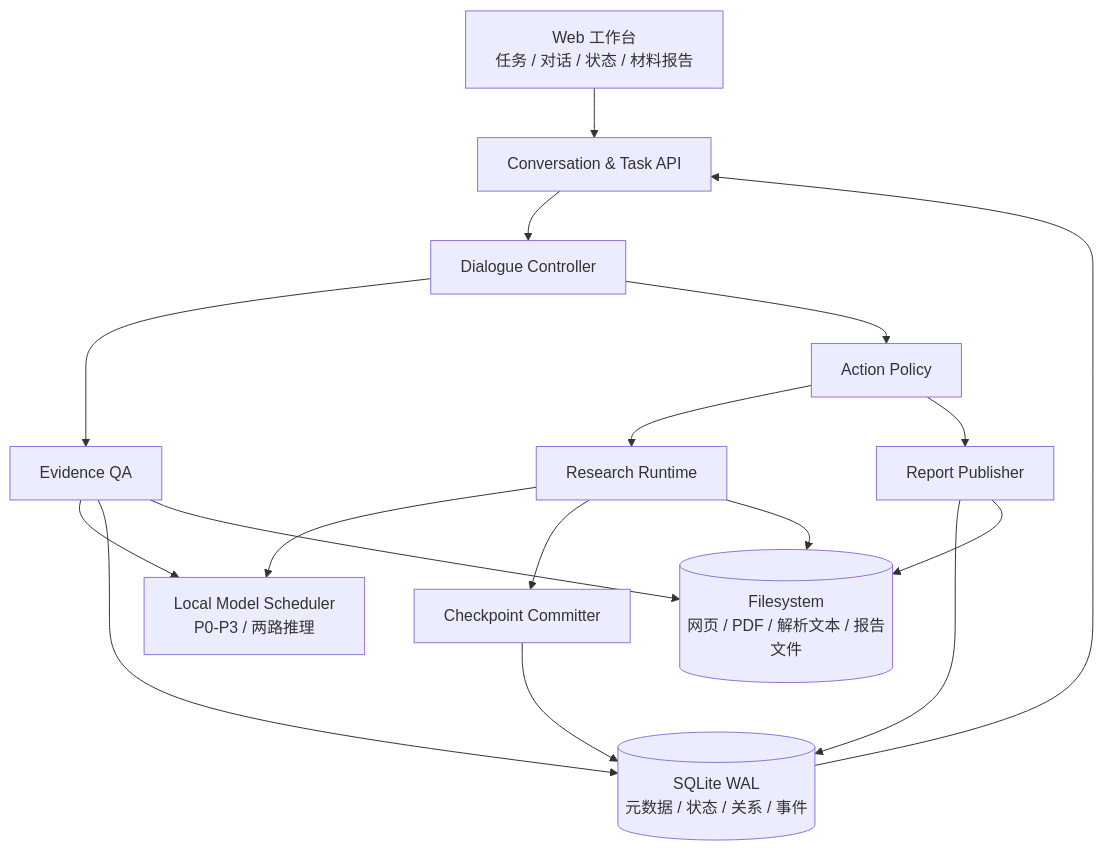
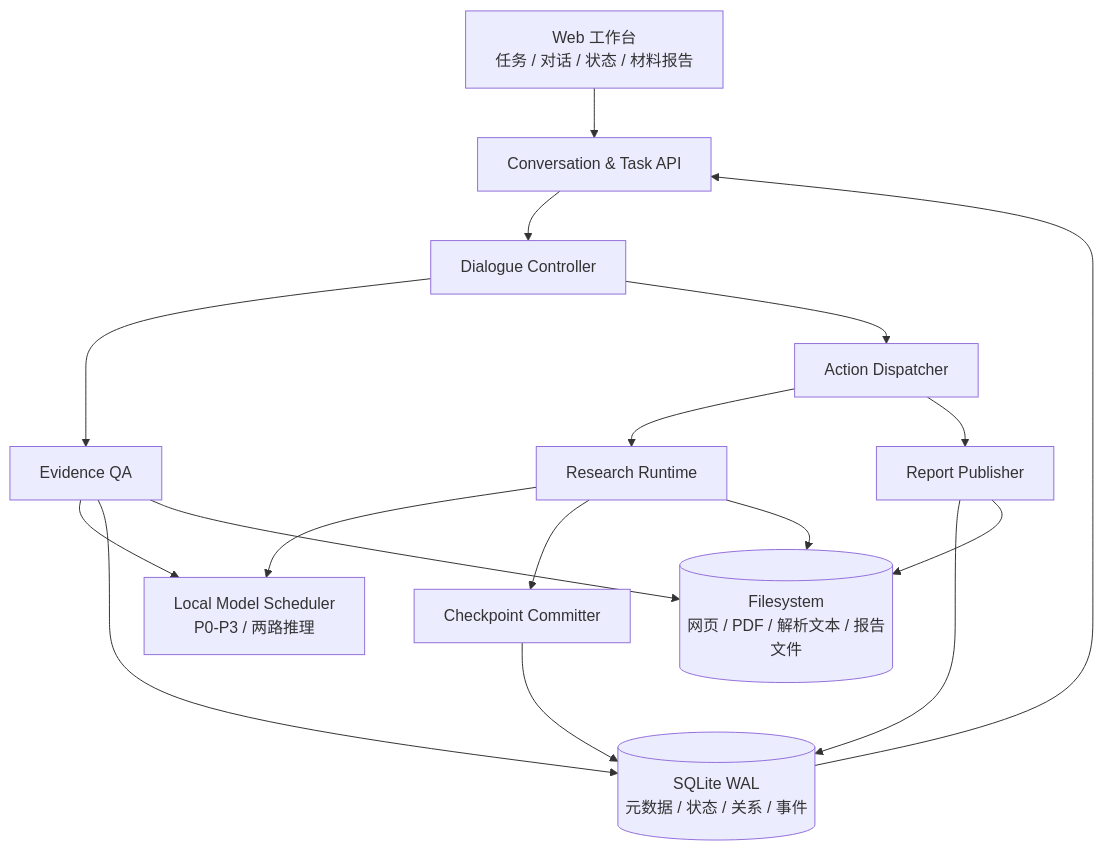
One commit to Knight-Jo/collection-agent changed the first of 11 diagrams in docs/architecture/conversational-research-task-architecture.md. Above: the diagram before and after it, drawn with Mermaid. The commit also changed other lines of this file and 1 other file, not shown here.

Commit message:
docs: simplify single-user action flow

````diff
--- a/docs/architecture/conversational-research-task-architecture.md
+++ b/docs/architecture/conversational-research-task-architecture.md
@@ -79,31 +79,31 @@
 ```mermaid
 flowchart TB
     UI[Web 工作台<br/>任务 / 对话 / 状态 / 材料报告]
     API[Conversation & Task API]
     DC[Dialogue Controller]
     QA[Evidence QA]
-    AP[Action Policy]
+    AD[Action Dispatcher]
     SCH[Local Model Scheduler<br/>P0-P3 / 两路推理]
     RR[Research Runtime]
     CP[Checkpoint Committer]
     RP[Report Publisher]
     DB[(SQLite WAL<br/>元数据 / 状态 / 关系 / 事件)]
     FS[(Filesystem<br/>网页 / PDF / 解析文本 / 报告文件)]
 
     UI --> API
     API --> DC
     DC --> QA
-    DC --> AP
+    DC --> AD
     QA --> SCH
-    AP --> RR
-    AP --> RP
+    AD --> RR
+    AD --> RP
     RR --> SCH
     RR --> CP
     CP --> DB
     RP --> DB
     QA --> DB
     RR --> FS
     QA --> FS
     RP --> FS
     DB --> API
 ```
````
